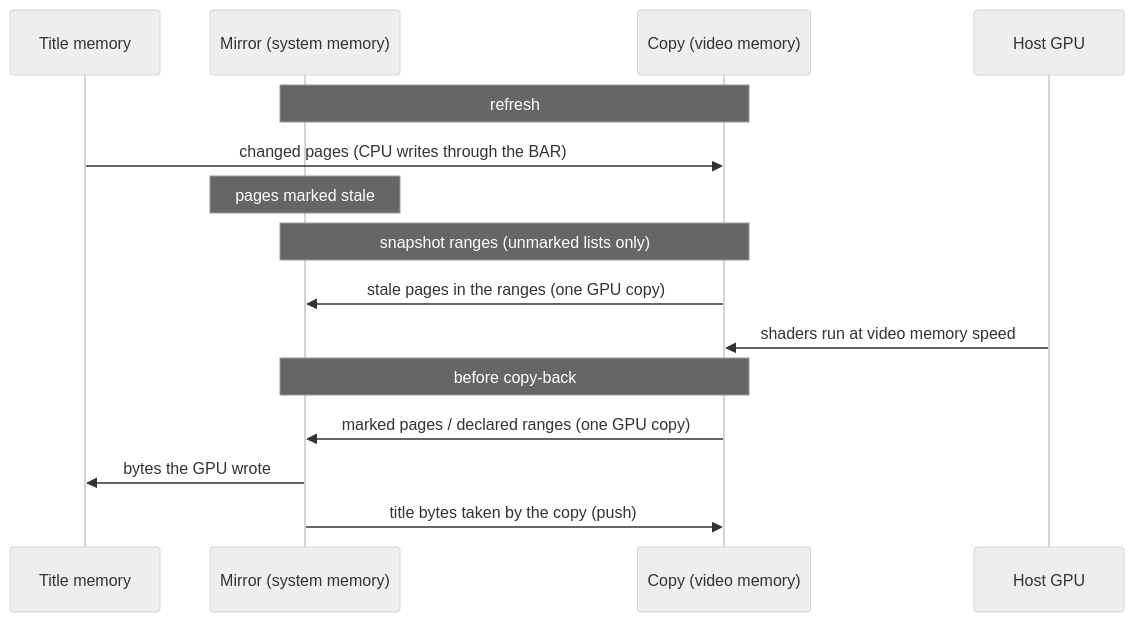
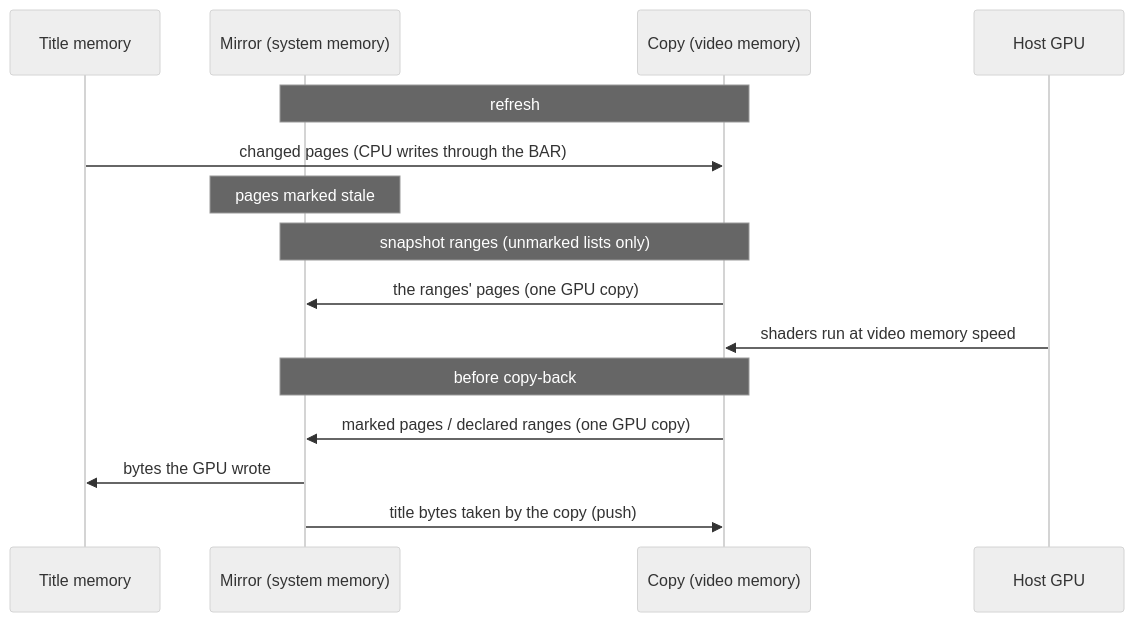
Before and after one commit to 0xkn0wh3r3/VIctory: the sixth of 7 diagrams in docs/gpu-memory.md, drawn with Mermaid (neutral theme). The commit also changed other lines of this file and 2 other files, not shown here.

First line of the commit message:
GPU: mirrors keep shaders' writes when copies back fail or views go undeclared

````diff
--- a/docs/gpu-memory.md
+++ b/docs/gpu-memory.md
@@ -191,17 +202,17 @@
 ```mermaid
 sequenceDiagram
   participant T as Title memory
   participant Mi as Mirror (system memory)
   participant V as Copy (video memory)
   participant G as Host GPU
   Note over Mi,V: refresh
   T->>V: changed pages (CPU writes through the BAR)
   Note over Mi: pages marked stale
   Note over Mi,V: snapshot ranges (unmarked lists only)
-  V->>Mi: stale pages in the ranges (one GPU copy)
+  V->>Mi: the ranges' pages (one GPU copy)
   G->>V: shaders run at video memory speed
   Note over Mi,V: before copy-back
   V->>Mi: marked pages / declared ranges (one GPU copy)
   Mi->>T: bytes the GPU wrote
   Mi->>V: title bytes taken by the copy (push)
 ```
````
